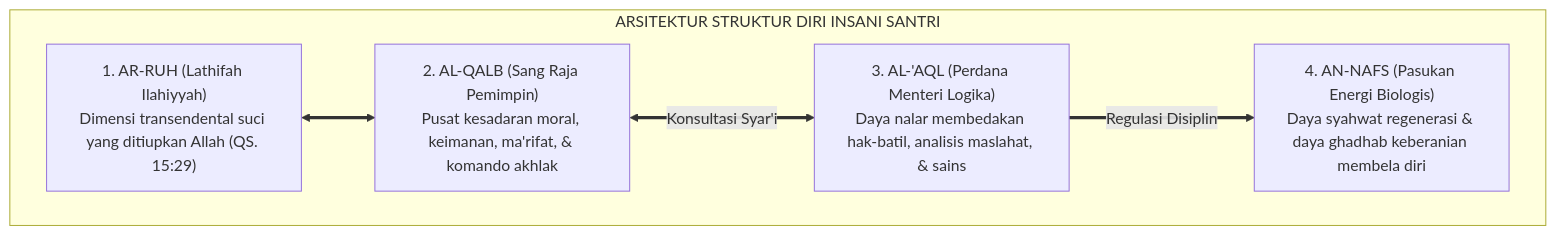
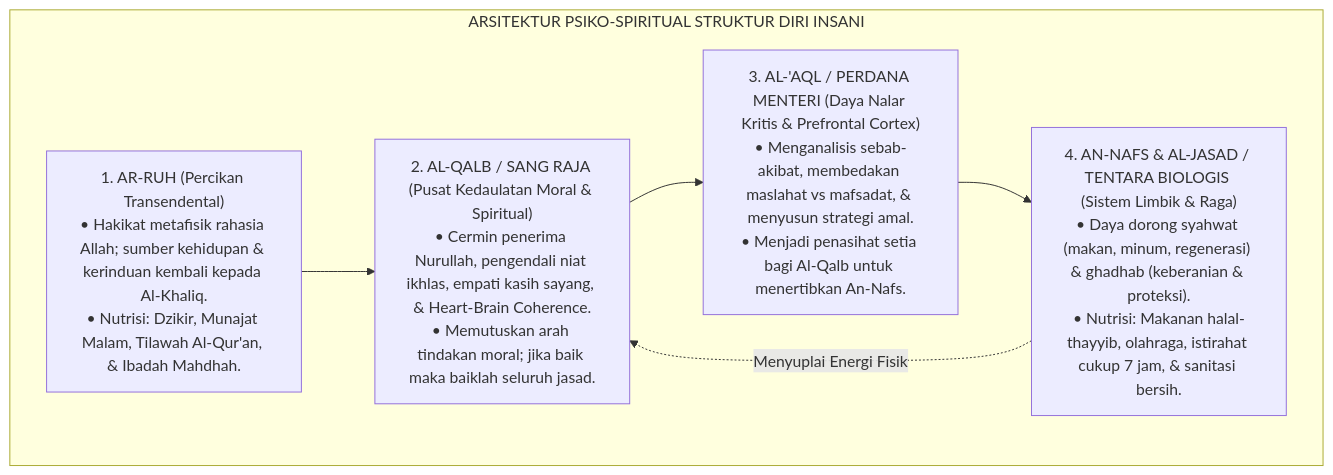
Before and after one commit to wandiapriliyandi/tumbuh: the second of 5 diagrams in 01 Philosophy/02 Human Nature/P1-02-02-Struktur-Diri-Insani.md, drawn with Mermaid. The commit also changed other lines of this file and 6 other files, not shown here.

````diff
--- a/01 Philosophy/02 Human Nature/P1-02-02-Struktur-Diri-Insani.md
+++ b/01 Philosophy/02 Human Nature/P1-02-02-Struktur-Diri-Insani.md
@@ -60,16 +114,18 @@
 ```mermaid
 flowchart TD
-    subgraph ArsitekturPsikoSpiritualTUMBUH["ARSITEKTUR STRUKTUR DIRI INSANI SANTRI"]
-        Ruh["1. AR-RUH (Lathifah Ilahiyyah)<br/>Dimensi transendental suci yang ditiupkan Allah (QS. 15:29)"]
+    subgraph StrukturDiriInsaniTUMBUH["ARSITEKTUR PSIKO-SPIRITUAL STRUKTUR DIRI INSANI"]
         
-        Qalb["2. AL-QALB (Sang Raja Pemimpin)<br/>Pusat kesadaran moral, keimanan, ma'rifat, & komando akhlak"]
+        Ruh["1. AR-RUH (Percikan Transendental)<br/>• Hakikat metafisik rahasia Allah; sumber kehidupan & kerinduan kembali kepada Al-Khaliq.<br/>• Nutrisi: Dzikir, Munajat Malam, Tilawah Al-Qur'an, & Ibadah Mahdhah."]
         
-        Aql["3. AL-'AQL (Perdana Menteri Logika)<br/>Daya nalar membedakan hak-batil, analisis maslahat, & sains"]
+        Qalb["2. AL-QALB / SANG RAJA (Pusat Kedaulatan Moral & Spiritual)<br/>• Cermin penerima Nurullah, pengendali niat ikhlas, empati kasih sayang, & Heart-Brain Coherence.<br/>• Memutuskan arah tindakan moral; jika baik maka baiklah seluruh jasad."]
         
-        Nafs["4. AN-NAFS (Pasukan Energi Biologis)<br/>Daya syahwat regenerasi & daya ghadhab keberanian membela diri"]
+        Aql["3. AL-'AQL / PERDANA MENTERI (Daya Nalar Kritis & Prefrontal Cortex)<br/>• Menganalisis sebab-akibat, membedakan maslahat vs mafsadat, & menyusun strategi amal.<br/>• Menjadi penasihat setia bagi Al-Qalb untuk menertibkan An-Nafs."]
         
-        Ruh <==> Qalb
-        Qalb <==>|Konsultasi Syar'i| Aql
-        Aql ==>|Regulasi Disiplin| Nafs
+        NafsJasad["4. AN-NAFS & AL-JASAD / TENTARA BIOLOGIS (Sistem Limbik & Raga)<br/>• Daya dorong syahwat (makan, minum, regenerasi) & ghadhab (keberanian & proteksi).<br/>• Nutrisi: Makanan halal-thayyib, olahraga, istirahat cukup 7 jam, & sanitasi bersih."]
+        
+        Ruh --> Qalb
+        Qalb --> Aql
+        Aql --> NafsJasad
+        NafsJasad -.->|Menyuplai Energi Fisik| Qalb
     end
 ```
````
